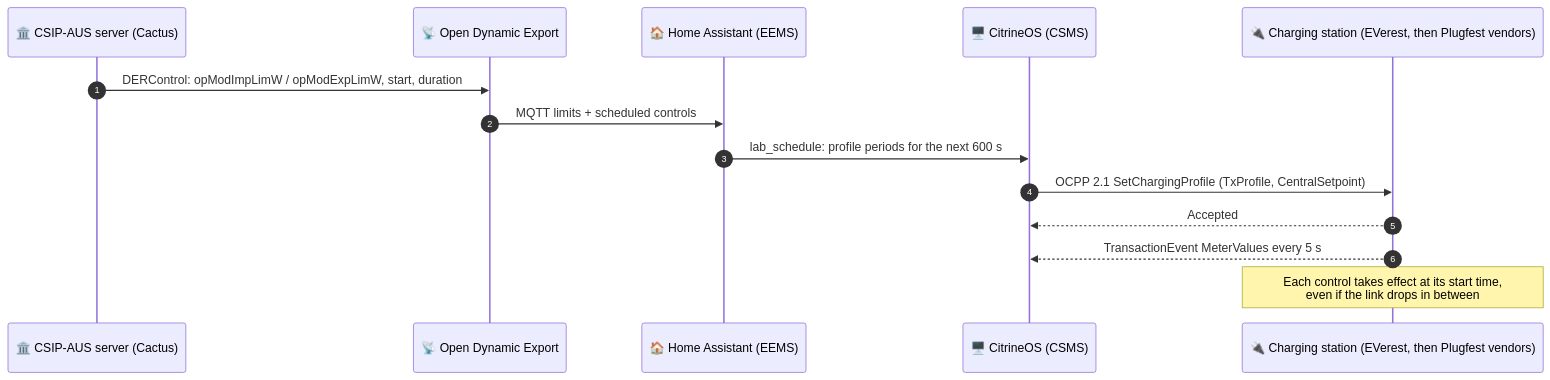
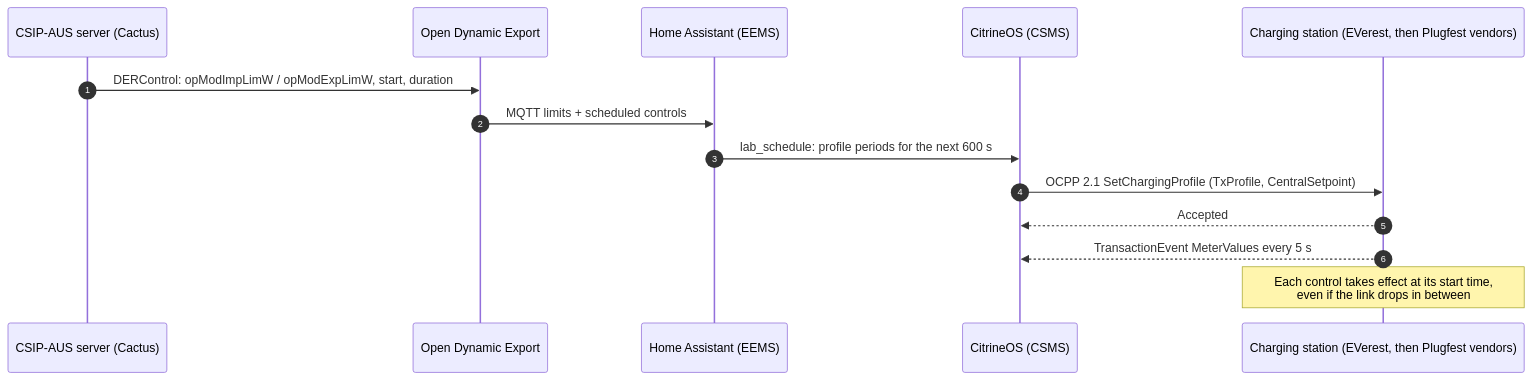
Before and after one commit to purcell-lab/ocpp-plugfest: the diagram in README.md, drawn with Mermaid. The commit also changed other lines of this file, not shown here.

First line of the commit message:
README: drop emoji, keep the graphics and badge icons

````diff
--- a/README.md
+++ b/README.md
@@ -48,16 +48,16 @@
 ```mermaid
 sequenceDiagram
     autonumber
-    participant DNSP as 🏛️ CSIP-AUS server (Cactus)
-    participant ODE as 📡 Open Dynamic Export
-    participant HA as 🏠 Home Assistant (EEMS)
-    participant CSMS as 🖥️ CitrineOS (CSMS)
-    participant CS as 🔌 Charging station (EVerest, then Plugfest vendors)
+    participant DNSP as CSIP-AUS server (Cactus)
+    participant ODE as Open Dynamic Export
+    participant HA as Home Assistant (EEMS)
+    participant CSMS as CitrineOS (CSMS)
+    participant CS as Charging station (EVerest, then Plugfest vendors)
     DNSP->>ODE: DERControl: opModImpLimW / opModExpLimW, start, duration
     ODE->>HA: MQTT limits + scheduled controls
     HA->>CSMS: lab_schedule: profile periods for the next 600 s
     CSMS->>CS: OCPP 2.1 SetChargingProfile (TxProfile, CentralSetpoint)
     CS-->>CSMS: Accepted
     CS-->>CSMS: TransactionEvent MeterValues every 5 s
     Note over CS: Each control takes effect at its start time,<br/>even if the link drops in between
 ```
````
